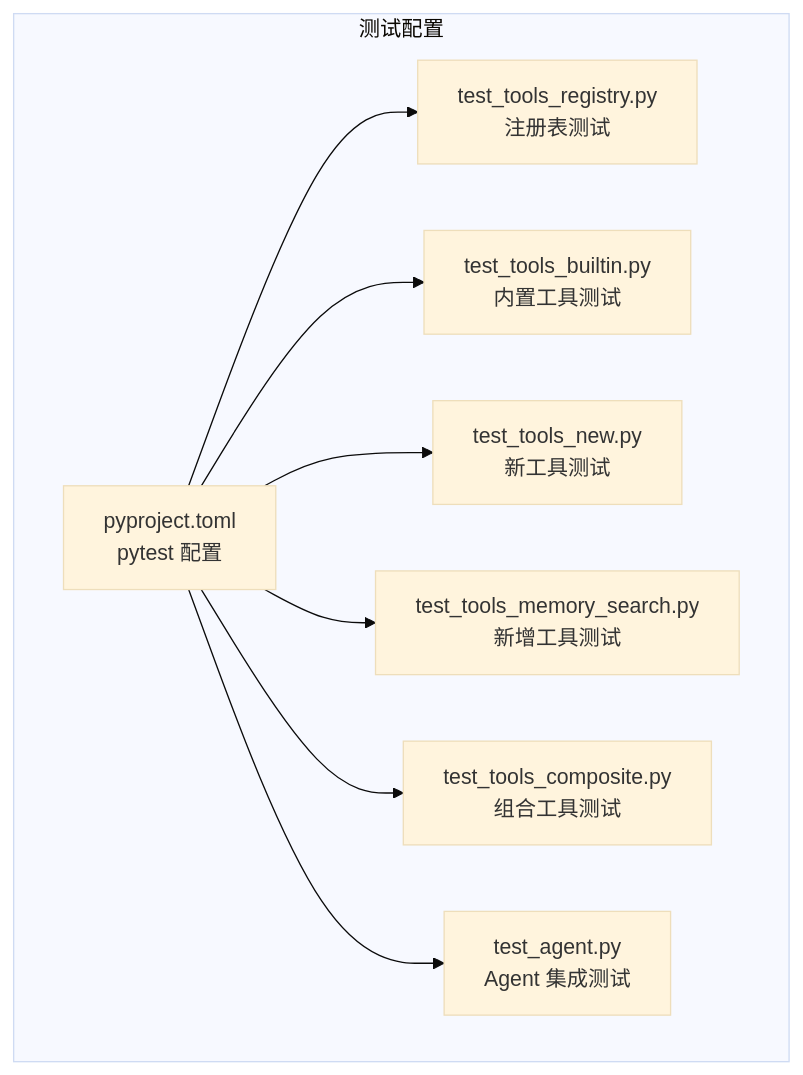
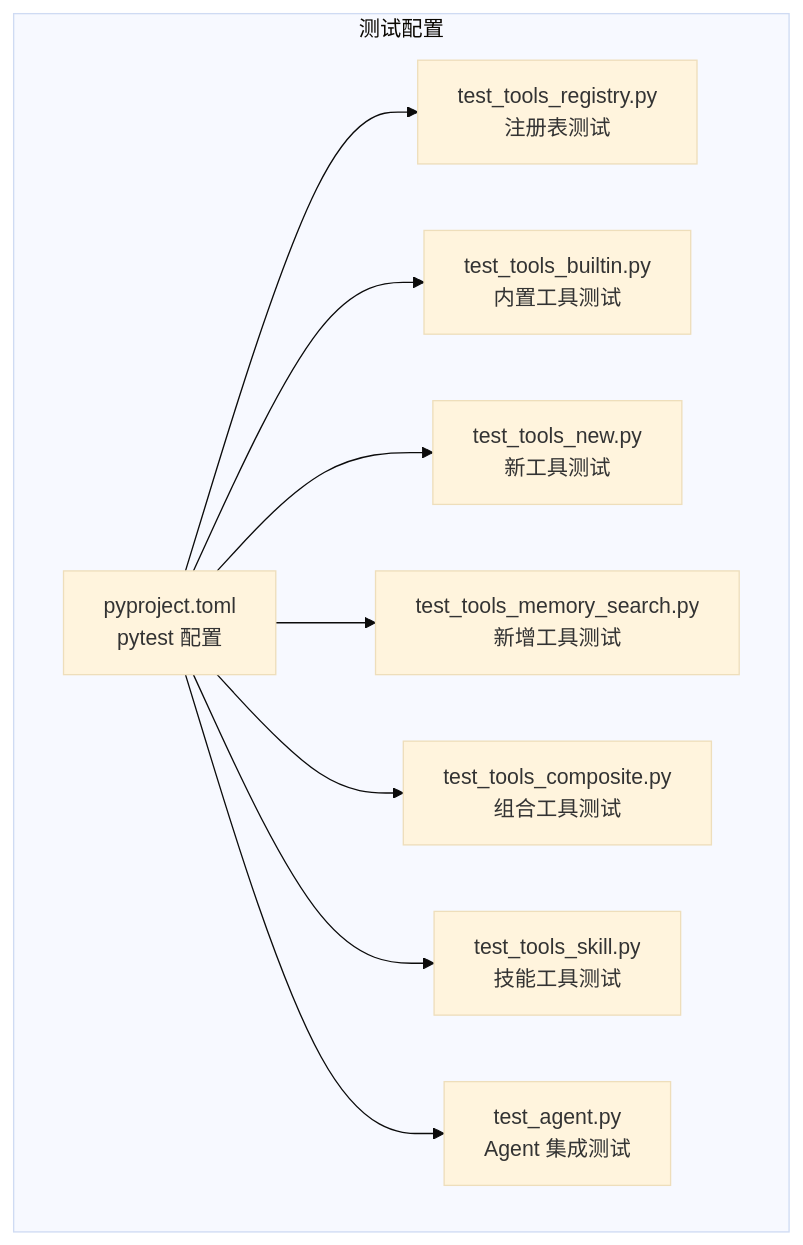
Before and after one commit to 250shiwo/MySmallAgent: diagram 13 of 15 in .qoder/repowiki/zh/content/核心模块详解/工具系统架构.md, drawn with Mermaid (base theme). The commit also changed other lines of this file and 28 other files, not shown here.

````diff
--- a/.qoder/repowiki/zh/content/核心模块详解/工具系统架构.md
+++ b/.qoder/repowiki/zh/content/核心模块详解/工具系统架构.md
@@ -965,18 +1132,20 @@
 ```mermaid
 graph TB
 subgraph "测试配置"
 PyProject[pyproject.toml<br/>pytest 配置]
 TestRegistry[test_tools_registry.py<br/>注册表测试]
 TestBuiltin[test_tools_builtin.py<br/>内置工具测试]
 TestNew[test_tools_new.py<br/>新工具测试]
 TestMemorySearch[test_tools_memory_search.py<br/>新增工具测试]
 TestComposite[test_tools_composite.py<br/>组合工具测试]
+TestSkill[test_tools_skill.py<br/>技能工具测试]
 TestAgent[test_agent.py<br/>Agent 集成测试]
 end
 PyProject --> TestRegistry
 PyProject --> TestBuiltin
 PyProject --> TestNew
 PyProject --> TestMemorySearch
 PyProject --> TestComposite
+PyProject --> TestSkill
 PyProject --> TestAgent
 ```
````
